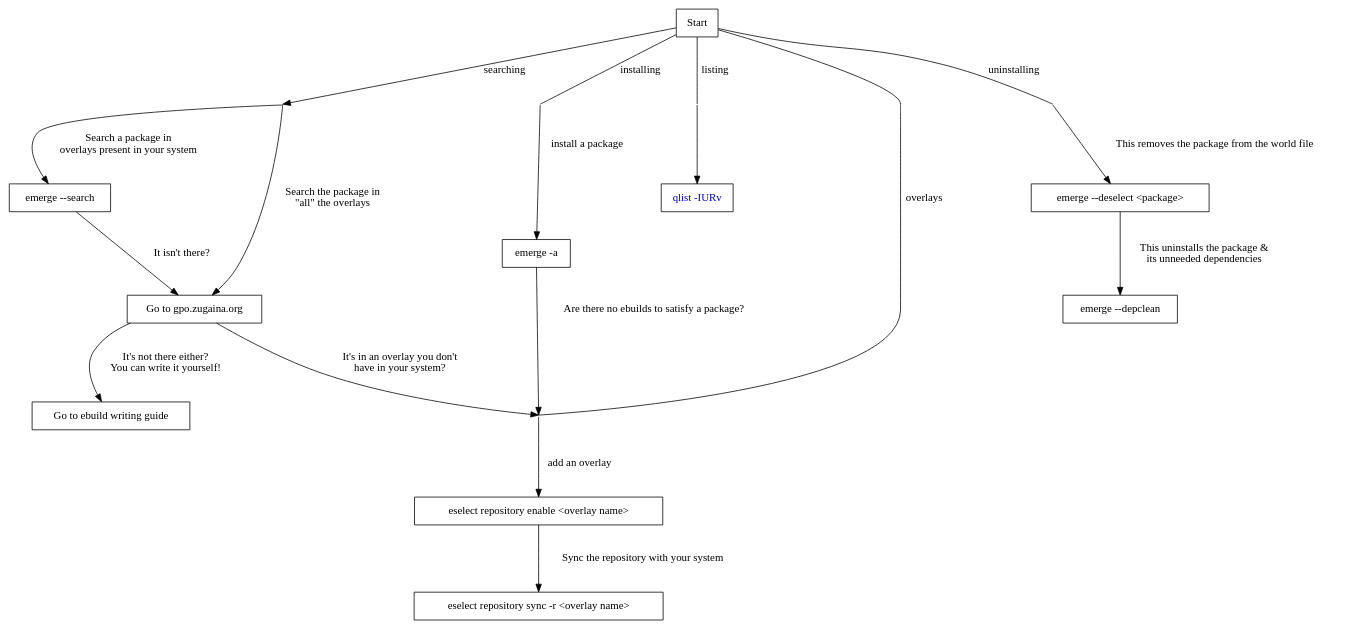
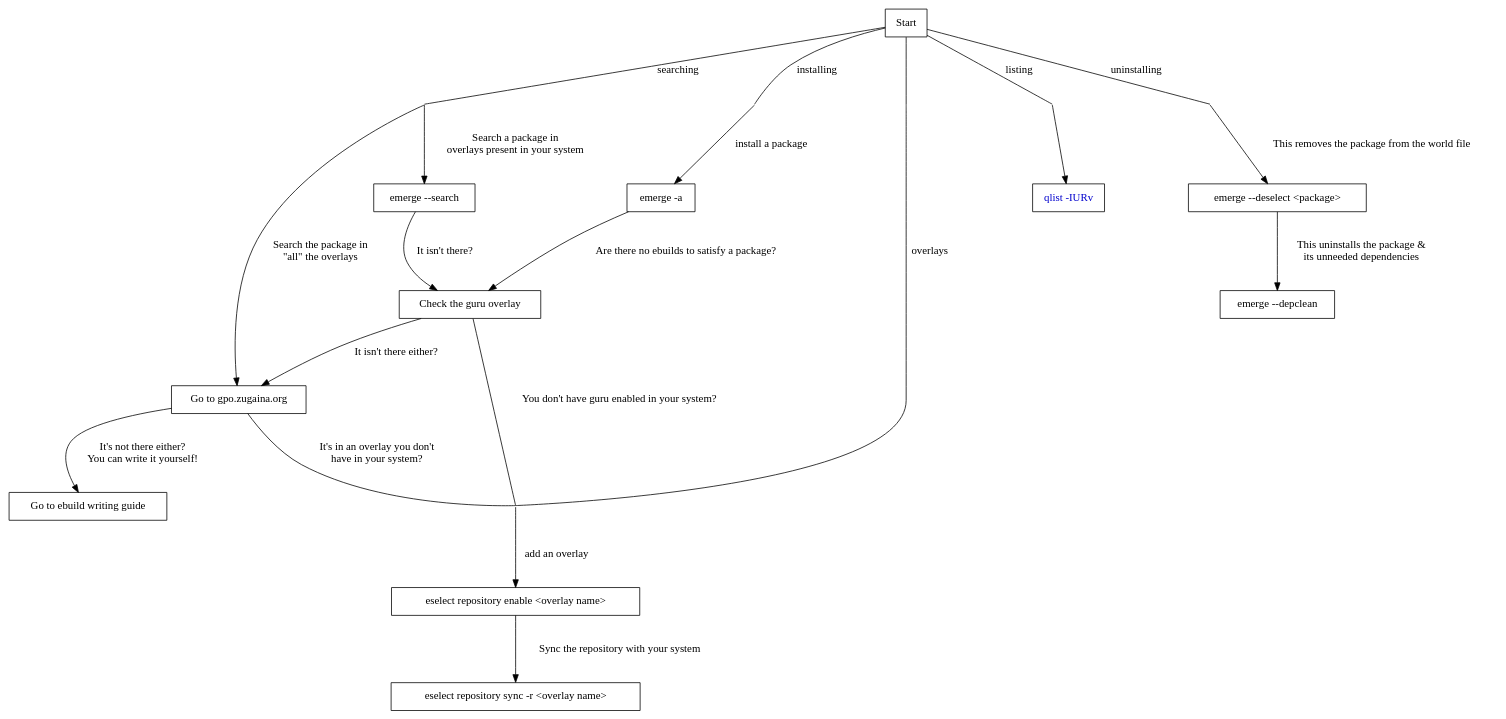
One commit to lima-limon-inc/gentoo-tools-cheat-sheet changed the diagram in cheat-sheet.gv. Above: the diagram before and after it, drawn with Graphviz. The commit also changed 3 other files, not shown here.

```diff
--- a/cheat-sheet.gv
+++ b/cheat-sheet.gv
@@ -1,75 +1,78 @@
 digraph cheat_sheet {
   // node define
   node [
   shape = box
   ];
 
   graph [
   layout = dot,
   nodesep = 1.5,
   ranksep = 1.0,
   normalize = false,
   root=start
   ];
 
   edge [
     style = solid,
     fontsize = 14,
     labeldistance = 2.5,
     labelangle = 70
   ];
 
 
   start [label="Start"]
   emergeAsk [label="emerge -a"]
   emergeSearch [label="emerge --search"]
   gpoZugaina [label="Go to gpo.zugaina.org", URL="https://graphviz.org/docs/nodes/"]
   eselectRepo [label="eselect repository enable <overlay name>"]
   eselectRepoSync1 [label="eselect repository sync -r <overlay name>"]
   ebuildWriting [label="Go to ebuild writing guide" URL="https://devmanual.gentoo.org/ebuild-writing/index.html"]
   qlist [label="qlist -IURv", fontcolor=blue3]
   emergeDeselect [label="emerge --deselect <package>"]
   emergeDepclean [label="emerge --depclean"]
+  guru [label="Check the guru overlay", URL="https://gitweb.gentoo.org/repo/proj/guru.git/tree/"]
 
 
   // Nodes used for demarking options
   joint1 [shape="none", label="", width=0, height=0]
   joint2 [shape="none", label="", width=0, height=0]
   joint3 [shape="none", label="", width=0, height=0]
   joint4 [shape="none", label="", width=0, height=0]
   joint5 [shape="none", label="", width=0, height=0]
   joint6 [shape="none", label="", width=0, height=0]
   joint7 [shape="none", label="", width=0, height=0]
   joint8 [shape="none", label="", width=0, height=0]
   joint9 [shape="none", label="", width=0, height=0]
   joint10 [shape="none", label="", width=0, height=0]
   joint11 [shape="none", label="", width=0, height=0]
 
 
 
   start -> joint3 [dir=none, label="installing"]
   joint3 -> emergeAsk [label="install a package"]
-  emergeAsk -> joint5 [label="Are there no ebuilds to satisfy a package?"]
+  emergeAsk -> guru [label="Are there no ebuilds to satisfy a package?"]
 
-  start -> joint2 [label="searching"]
+  start -> joint2 [label="searching", dir=none]
   joint2 -> emergeSearch [label="Search a package in \n overlays present in your system"]
   joint2 -> gpoZugaina [label="Search the package in \n \"all\" the overlays"]
-  emergeSearch -> gpoZugaina [label="It isn't there?"]
-  gpoZugaina -> joint5 [label="It's in an overlay you don't \n have in your system?"]
+  guru -> joint5 [label="You don't have guru enabled in your system?", dir=none]
+  emergeSearch -> guru [label="It isn't there?"]
+  guru -> gpoZugaina [label="It isn't there either?"]
+  gpoZugaina -> joint5 [label="It's in an overlay you don't \n have in your system?", dir=none]
   eselectRepo -> eselectRepoSync1 [label="Sync the repository with your system"]
   gpoZugaina -> ebuildWriting [label="It's not there either? \n You can write it yourself!"]
 
   start -> joint4[label="listing", dir=none]
   joint4 -> qlist
 
   start -> joint5[label="overlays", dir=none]
   joint5 -> eselectRepo [label="add an overlay"]
 
   start -> joint6[label="uninstalling", dir=none]
   joint6 -> emergeDeselect[label="This removes the package from the world file"]
   emergeDeselect -> emergeDepclean[label="This uninstalls the package & \n its unneeded dependencies"]
   //joint5 -> qlist
 
 
 
 }
```
